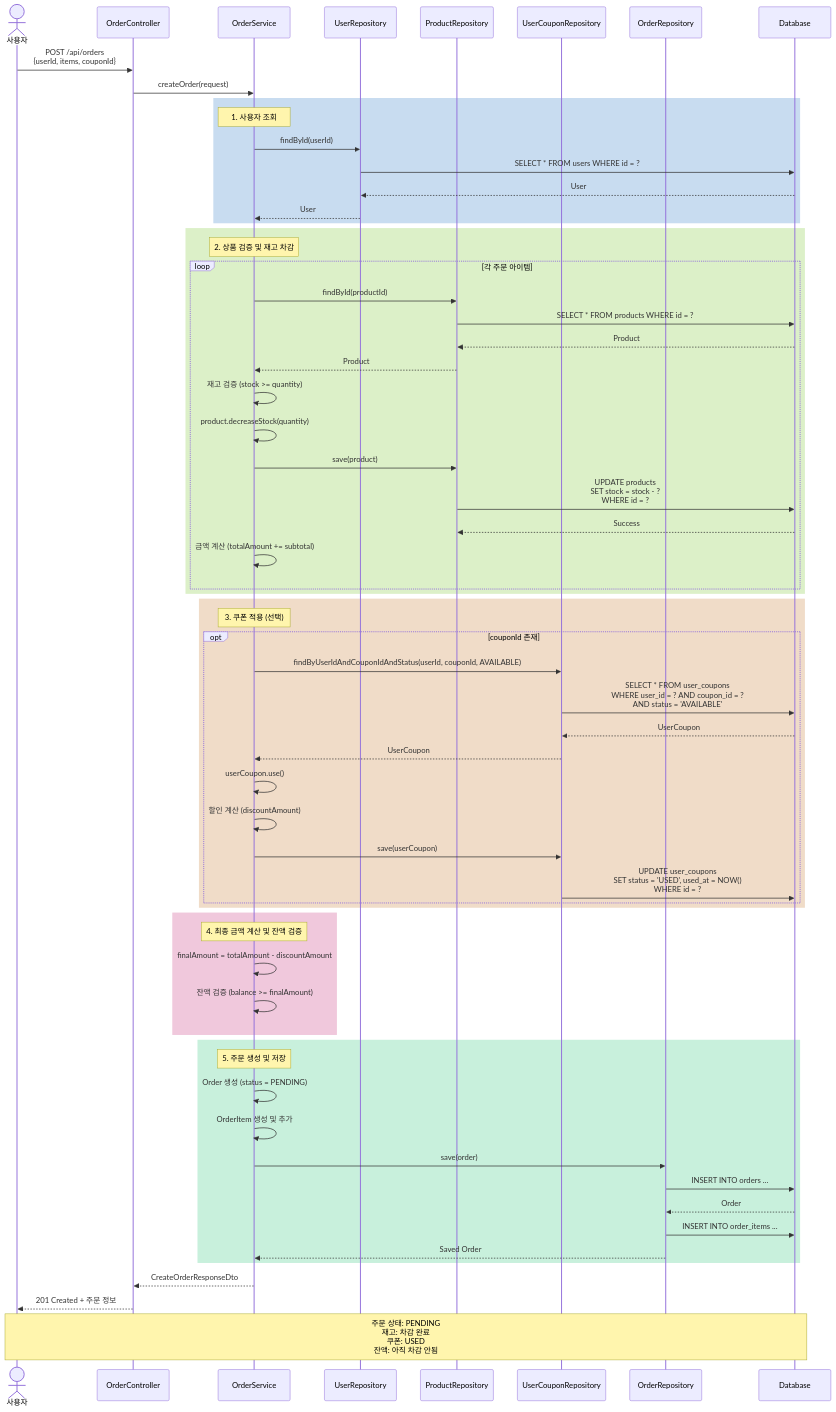
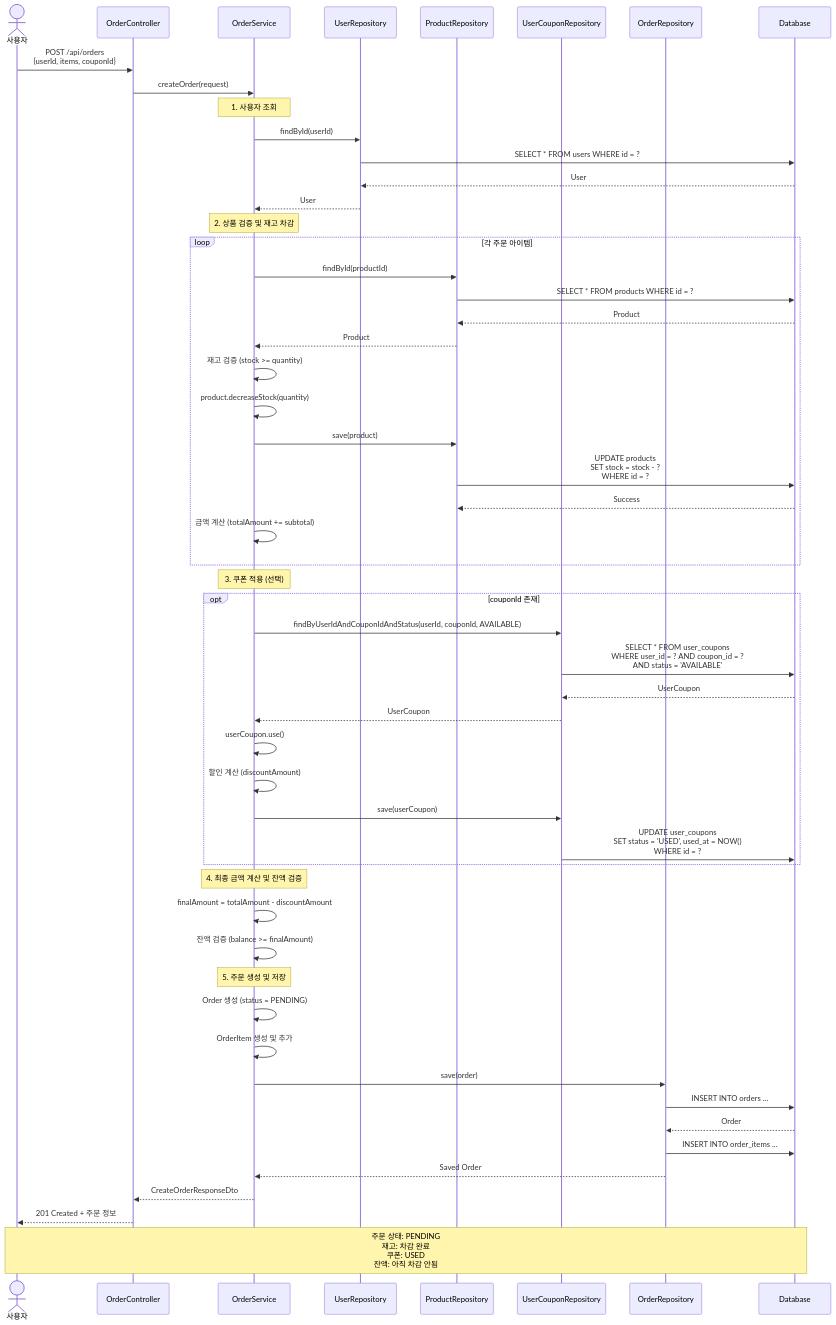
The seventh of 20 diagrams in docs/sequence-diagrams.md (knowave/hhplus-ecommerce-kotlin), drawn with Mermaid before and after one commit. The commit also changed other lines of this file, not shown here.

Commit message:
FIX: sequence-diagrams.md 수정

````diff
--- a/docs/sequence-diagrams.md
+++ b/docs/sequence-diagrams.md
@@ -114,76 +292,66 @@
 ```mermaid
 sequenceDiagram
     actor User as 사용자
     participant Controller as OrderController
     participant Service as OrderService
     participant UserRepo as UserRepository
     participant ProductRepo as ProductRepository
     participant CouponRepo as UserCouponRepository
     participant OrderRepo as OrderRepository
     participant DB as Database
 
     User->>Controller: POST /api/orders<br/>{userId, items, couponId}
     Controller->>Service: createOrder(request)
 
-    rect rgb(200, 220, 240)
     Note over Service: 1. 사용자 조회
     Service->>UserRepo: findById(userId)
     UserRepo->>DB: SELECT * FROM users WHERE id = ?
     DB-->>UserRepo: User
     UserRepo-->>Service: User
-    end
 
-    rect rgb(220, 240, 200)
     Note over Service: 2. 상품 검증 및 재고 차감
     loop 각 주문 아이템
         Service->>ProductRepo: findById(productId)
         ProductRepo->>DB: SELECT * FROM products WHERE id = ?
         DB-->>ProductRepo: Product
         ProductRepo-->>Service: Product
 
         Service->>Service: 재고 검증 (stock >= quantity)
         Service->>Service: product.decreaseStock(quantity)
         Service->>ProductRepo: save(product)
         ProductRepo->>DB: UPDATE products<br/>SET stock = stock - ?<br/>WHERE id = ?
         DB-->>ProductRepo: Success
         Service->>Service: 금액 계산 (totalAmount += subtotal)
     end
-    end
 
-    rect rgb(240, 220, 200)
     Note over Service: 3. 쿠폰 적용 (선택)
     opt couponId 존재
         Service->>CouponRepo: findByUserIdAndCouponIdAndStatus(userId, couponId, AVAILABLE)
         CouponRepo->>DB: SELECT * FROM user_coupons<br/>WHERE user_id = ? AND coupon_id = ?<br/>AND status = 'AVAILABLE'
         DB-->>CouponRepo: UserCoupon
         CouponRepo-->>Service: UserCoupon
 
         Service->>Service: userCoupon.use()
         Service->>Service: 할인 계산 (discountAmount)
         Service->>CouponRepo: save(userCoupon)
         CouponRepo->>DB: UPDATE user_coupons<br/>SET status = 'USED', used_at = NOW()<br/>WHERE id = ?
     end
-    end
 
-    rect rgb(240, 200, 220)
     Note over Service: 4. 최종 금액 계산 및 잔액 검증
     Service->>Service: finalAmount = totalAmount - discountAmount
     Service->>Service: 잔액 검증 (balance >= finalAmount)
-    end
 
-    rect rgb(200, 240, 220)
     Note over Service: 5. 주문 생성 및 저장
     Service->>Service: Order 생성 (status = PENDING)
     Service->>Service: OrderItem 생성 및 추가
     Service->>OrderRepo: save(order)
     OrderRepo->>DB: INSERT INTO orders ...
     DB-->>OrderRepo: Order
     OrderRepo->>DB: INSERT INTO order_items ...
     OrderRepo-->>Service: Saved Order
-    end
 
     Service-->>Controller: CreateOrderResponseDto
     Controller-->>User: 201 Created + 주문 정보
 
     Note over User,DB: 주문 상태: PENDING<br/>재고: 차감 완료<br/>쿠폰: USED<br/>잔액: 아직 차감 안됨
 ```
````
